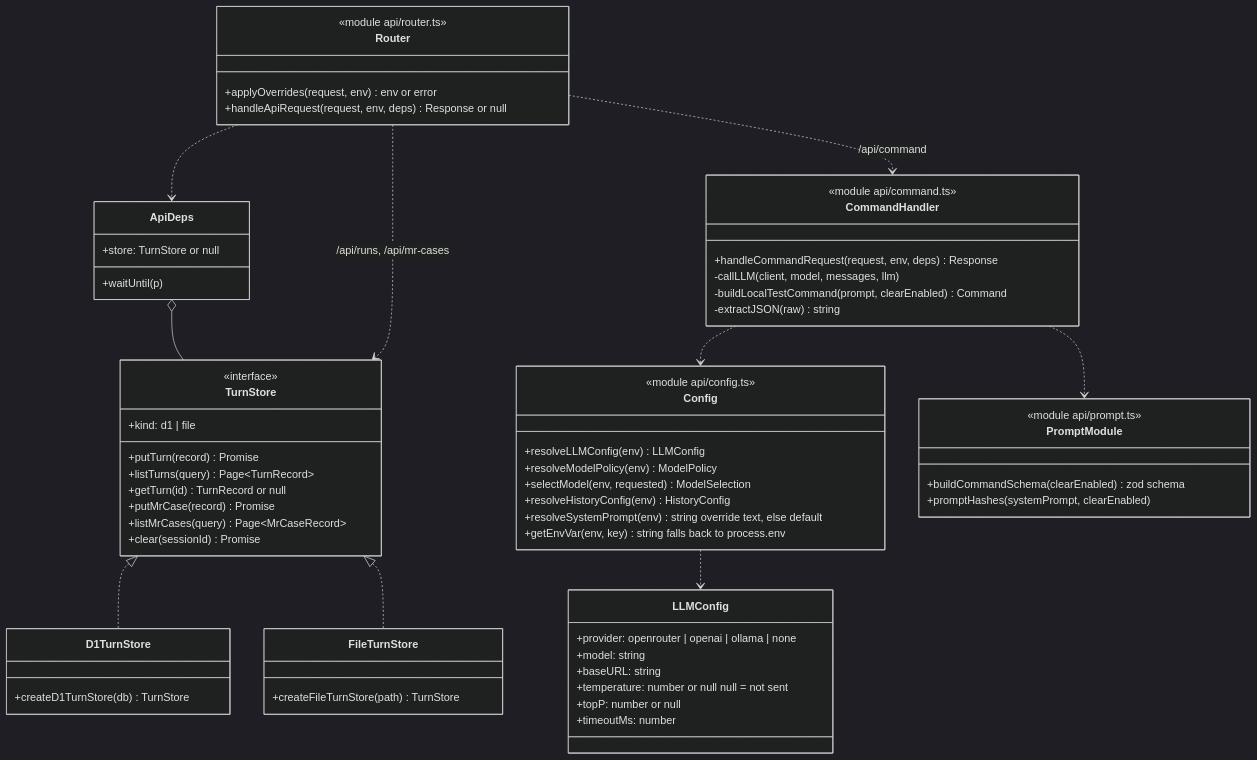
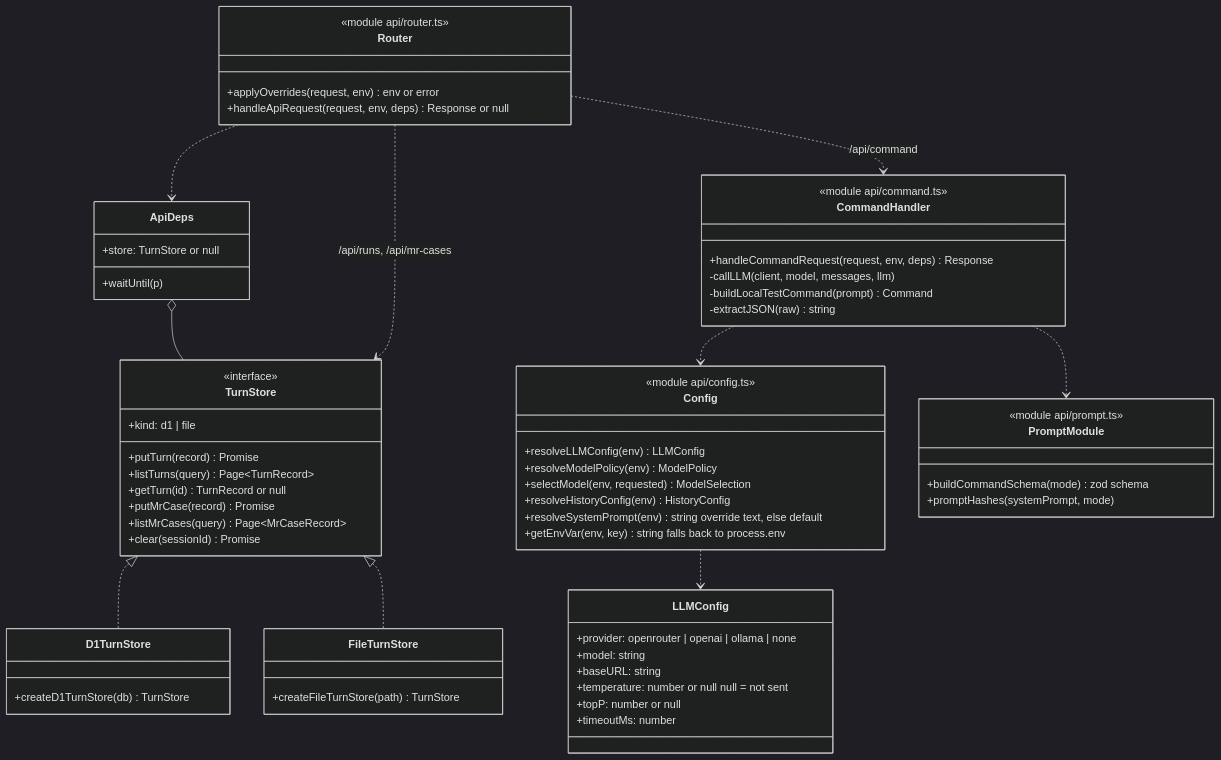
One commit to ninadpchaudhari/LNGUI---Ecommerce changed the eighth of 16 diagrams in docs/uml.md. Above: the diagram before and after it, drawn with Mermaid (dark theme). The commit also changed other lines of this file and 36 other files, not shown here.

````diff
--- a/docs/uml.md
+++ b/docs/uml.md
@@ -622,67 +622,67 @@
 ```mermaid
 classDiagram
   class TurnStore {
     <<interface>>
     +kind: d1 | file
     +putTurn(record) Promise
     +listTurns(query) Page~TurnRecord~
     +getTurn(id) TurnRecord or null
     +putMrCase(record) Promise
     +listMrCases(query) Page~MrCaseRecord~
     +clear(sessionId) Promise
   }
   class D1TurnStore {
     +createD1TurnStore(db) TurnStore
   }
   class FileTurnStore {
     +createFileTurnStore(path) TurnStore
   }
   class ApiDeps {
     +store: TurnStore or null
     +waitUntil(p)
   }
   class Router {
     <<module api/router.ts>>
     +applyOverrides(request, env) env or error
     +handleApiRequest(request, env, deps) Response or null
   }
   class CommandHandler {
     <<module api/command.ts>>
     +handleCommandRequest(request, env, deps) Response
     -callLLM(client, model, messages, llm)
-    -buildLocalTestCommand(prompt, clearEnabled) Command
+    -buildLocalTestCommand(prompt) Command
     -extractJSON(raw) string
   }
   class Config {
     <<module api/config.ts>>
     +resolveLLMConfig(env) LLMConfig
     +resolveModelPolicy(env) ModelPolicy
     +selectModel(env, requested) ModelSelection
     +resolveHistoryConfig(env) HistoryConfig
     +resolveSystemPrompt(env) string  override text, else default
     +getEnvVar(env, key) string  falls back to process.env
   }
   class LLMConfig {
     +provider: openrouter | openai | ollama | none
     +model: string
     +baseURL: string
     +temperature: number or null  null = not sent
     +topP: number or null
     +timeoutMs: number
   }
   class PromptModule {
     <<module api/prompt.ts>>
-    +buildCommandSchema(clearEnabled) zod schema
-    +promptHashes(systemPrompt, clearEnabled)
+    +buildCommandSchema(mode) zod schema
+    +promptHashes(systemPrompt, mode)
   }
 
   TurnStore <|.. D1TurnStore
   TurnStore <|.. FileTurnStore
   ApiDeps o-- TurnStore
   Router ..> ApiDeps
   Router ..> CommandHandler : /api/command
   Router ..> TurnStore : /api/runs, /api/mr-cases
   CommandHandler ..> Config
   CommandHandler ..> PromptModule
   Config ..> LLMConfig
 ```
````
